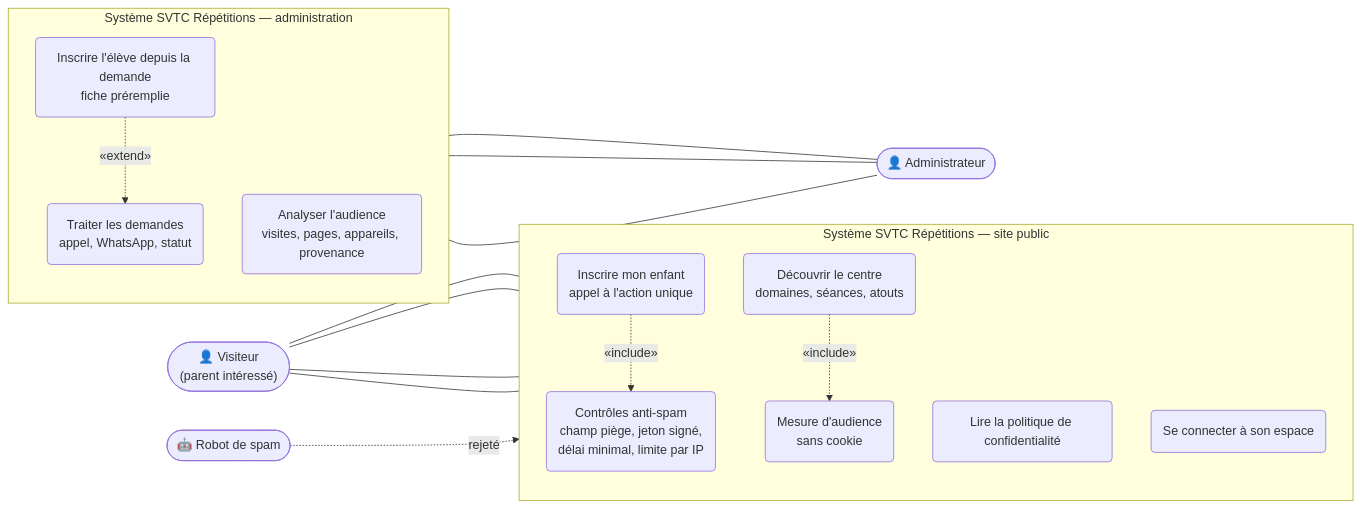
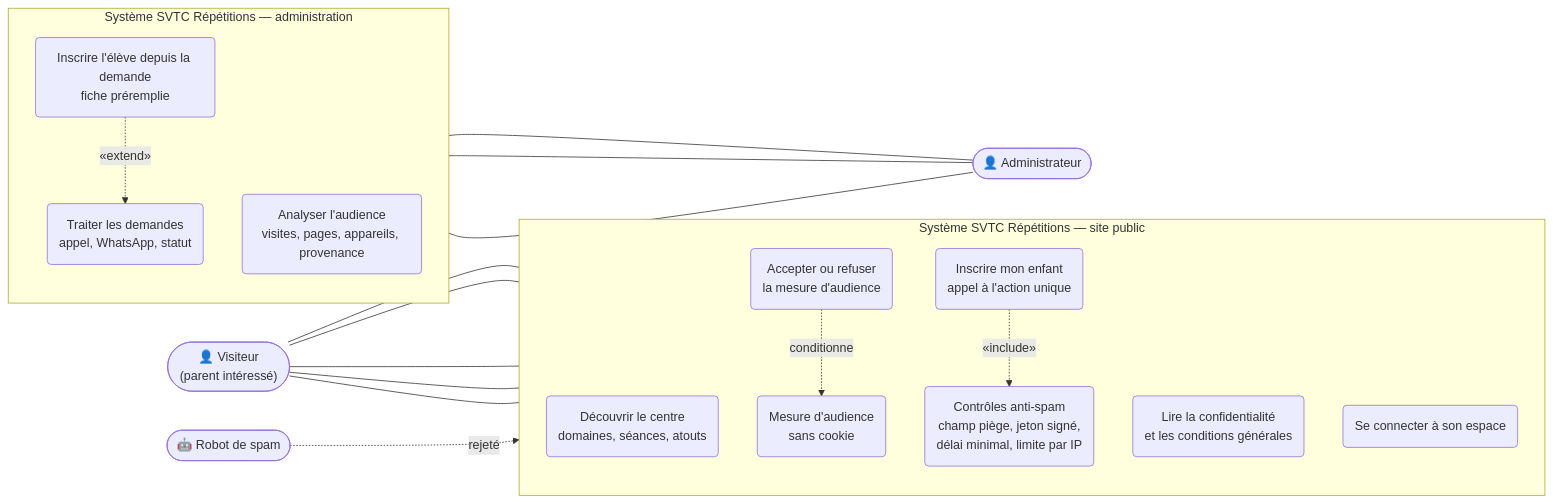
Before and after one commit to ANDJE30/svtc-tutoring: the diagram in docs/uml/13_cas_utilisation_visiteur.mmd, drawn with Mermaid. The commit also changed 103 other files, not shown here.

```diff
--- a/docs/uml/13_cas_utilisation_visiteur.mmd
+++ b/docs/uml/13_cas_utilisation_visiteur.mmd
@@ -1,27 +1,28 @@
 flowchart LR
   V(["👤 Visiteur<br/>(parent intéressé)"])
   R(["🤖 Robot de spam"])
   subgraph S["Système SVTC Répétitions — site public"]
     direction TB
     V1("Découvrir le centre<br/>domaines, séances, atouts")
     V2("Inscrire mon enfant<br/>appel à l'action unique")
-    V4("Lire la politique de confidentialité")
+    V4("Lire la confidentialité<br/>et les conditions générales")
+    V7("Accepter ou refuser<br/>la mesure d'audience")
     V5("Se connecter à son espace")
     V3("Contrôles anti-spam<br/>champ piège, jeton signé,<br/>délai minimal, limite par IP")
     V6("Mesure d'audience<br/>sans cookie")
   end
   subgraph T["Système SVTC Répétitions — administration"]
     direction TB
     A1("Traiter les demandes<br/>appel, WhatsApp, statut")
     A2("Inscrire l'élève depuis la demande<br/>fiche préremplie")
     A3("Analyser l'audience<br/>visites, pages, appareils, provenance")
   end
   A(["👤 Administrateur"])
-  V --- V1 & V2 & V4 & V5
+  V --- V1 & V2 & V4 & V5 & V7
+  V7 -. "conditionne" .-> V6
   R -. "rejeté" .-> V3
   V2 -. "«include»" .-> V3
-  V1 -. "«include»" .-> V6
   A1 --- A
   A2 --- A
   A3 --- A
   A2 -. "«extend»" .-> A1
```
